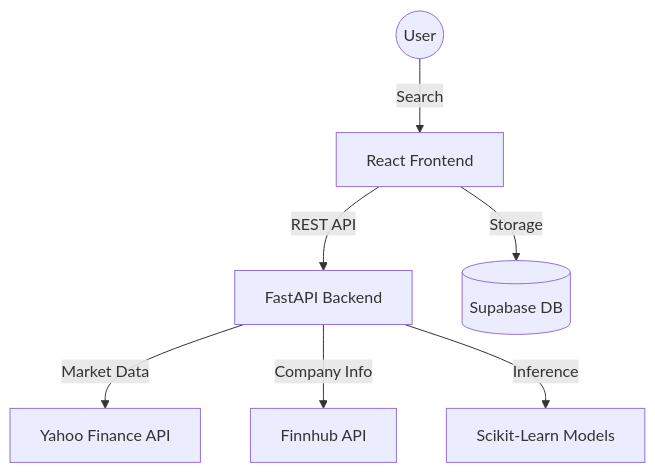
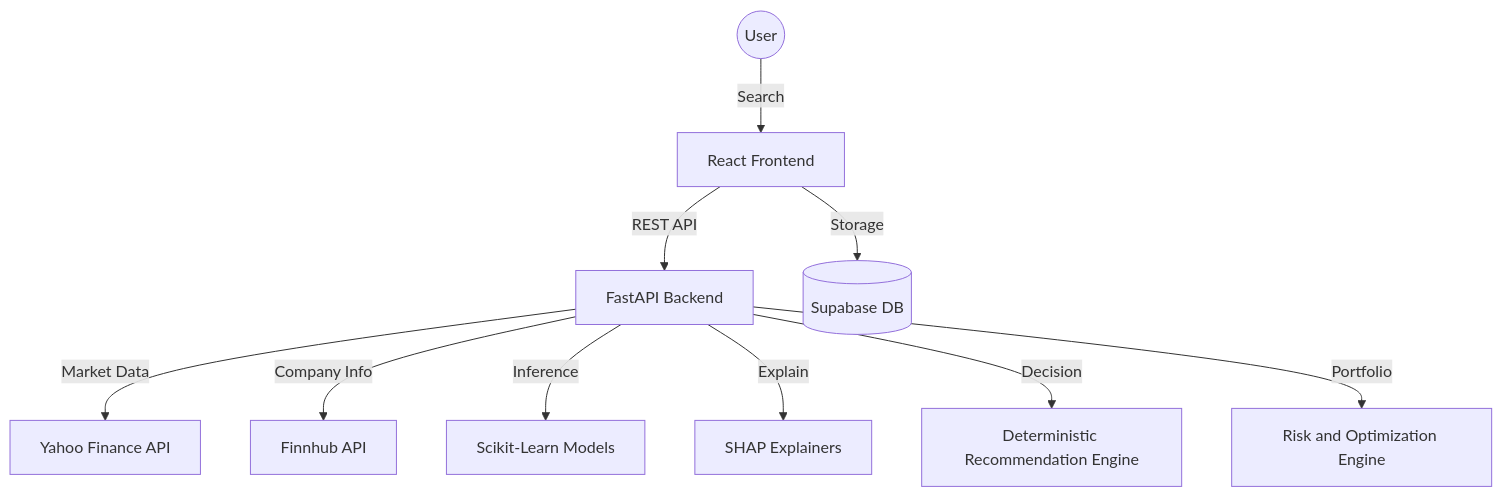
One commit to soumyajit-18-shipi-it/stock_dashB changed the diagram in README.md. Above: the diagram before and after it, drawn with Mermaid. The commit also changed other lines of this file and 17 other files, not shown here.

Commit message:
docs: update system documentation, architecture specifications, analysis reports, and user manual

````diff
--- a/README.md
+++ b/README.md
@@ -17,9 +27,12 @@
 ```mermaid
 graph TD
     User((User)) -->|Search| React[React Frontend]
     React -->|REST API| FastAPI[FastAPI Backend]
     FastAPI -->|Market Data| Yahoo[Yahoo Finance API]
     FastAPI -->|Company Info| Finnhub[Finnhub API]
     FastAPI -->|Inference| ML[Scikit-Learn Models]
+    FastAPI -->|Explain| SHAP[SHAP Explainers]
+    FastAPI -->|Decision| Policy[Deterministic Recommendation Engine]
+    FastAPI -->|Portfolio| Portfolio[Risk and Optimization Engine]
     React -->|Storage| Supabase[(Supabase DB)]
 ```
````
